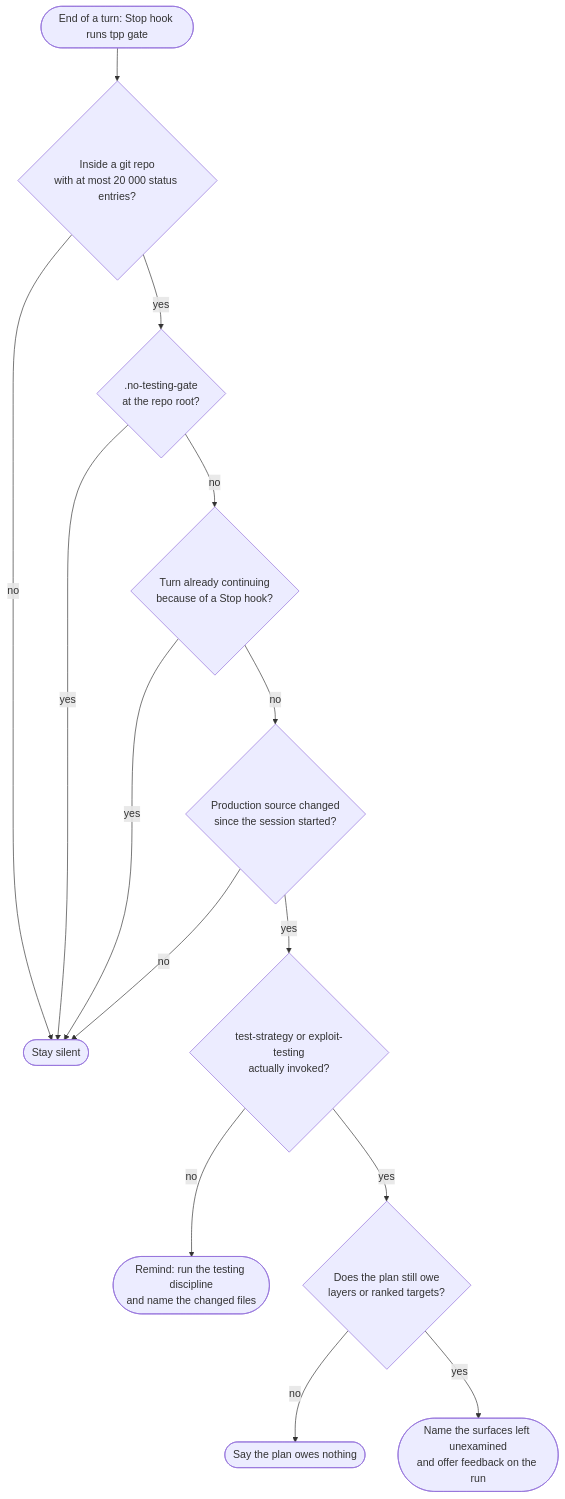
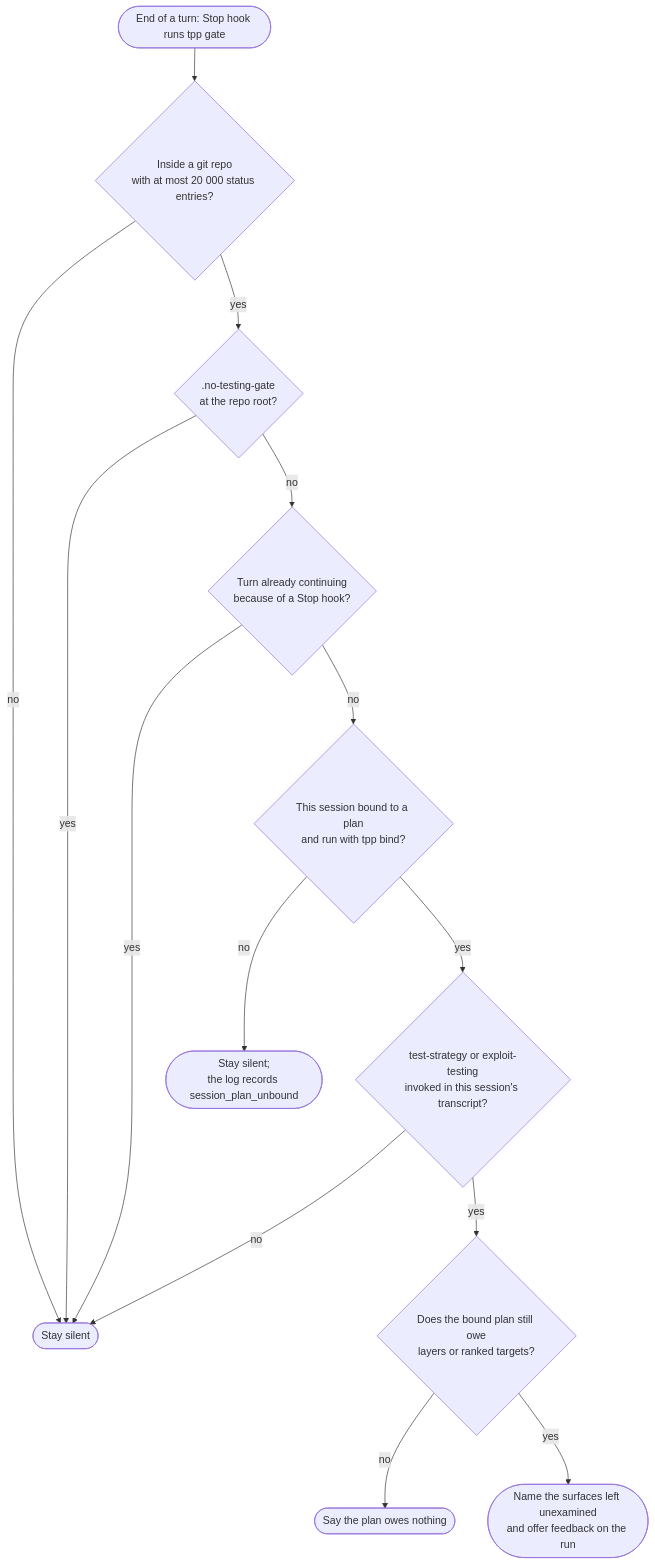
The second of 4 diagrams in README.md (alesierraalta/tpp), drawn with Mermaid before and after one commit. The commit also changed other lines of this file and 11 other files, not shown here.

Commit message:
feat(gate): isolate Stop audits by session and run

````diff
--- a/README.md
+++ b/README.md
@@ -49,16 +49,16 @@
 ```mermaid
 flowchart TD
     stop([End of a turn: Stop hook runs tpp gate]) --> repo{Inside a git repo<br/>with at most 20 000 status entries?}
     repo -- no --> quiet([Stay silent])
     repo -- yes --> optout{.no-testing-gate<br/>at the repo root?}
     optout -- yes --> quiet
     optout -- no --> loop{Turn already continuing<br/>because of a Stop hook?}
     loop -- yes --> quiet
-    loop -- no --> changed{Production source changed<br/>since the session started?}
-    changed -- no --> quiet
-    changed -- yes --> ran{test-strategy or exploit-testing<br/>actually invoked?}
-    ran -- no --> ask1([Remind: run the testing discipline<br/>and name the changed files])
-    ran -- yes --> owed{Does the plan still owe<br/>layers or ranked targets?}
+    loop -- no --> bound{This session bound to a plan<br/>and run with tpp bind?}
+    bound -- no --> unbound([Stay silent;<br/>the log records session_plan_unbound])
+    bound -- yes --> ran{test-strategy or exploit-testing<br/>invoked in this session's transcript?}
+    ran -- no --> quiet
+    ran -- yes --> owed{Does the bound plan still owe<br/>layers or ranked targets?}
     owed -- no --> done([Say the plan owes nothing])
     owed -- yes --> ask2([Name the surfaces left unexamined<br/>and offer feedback on the run])
 ```
````
